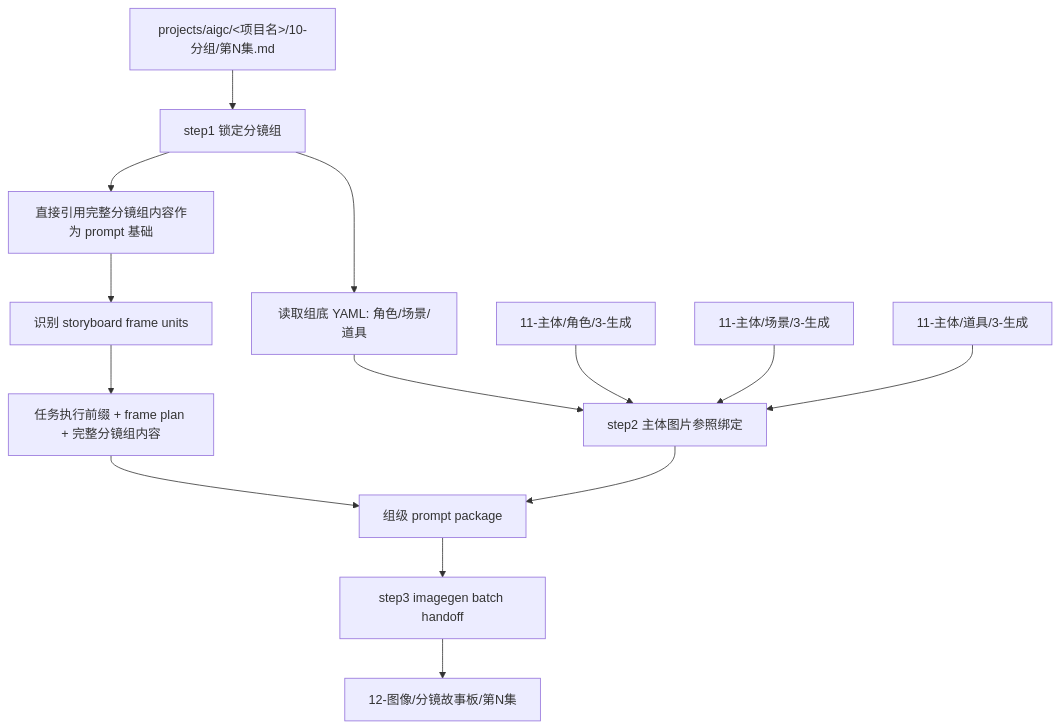
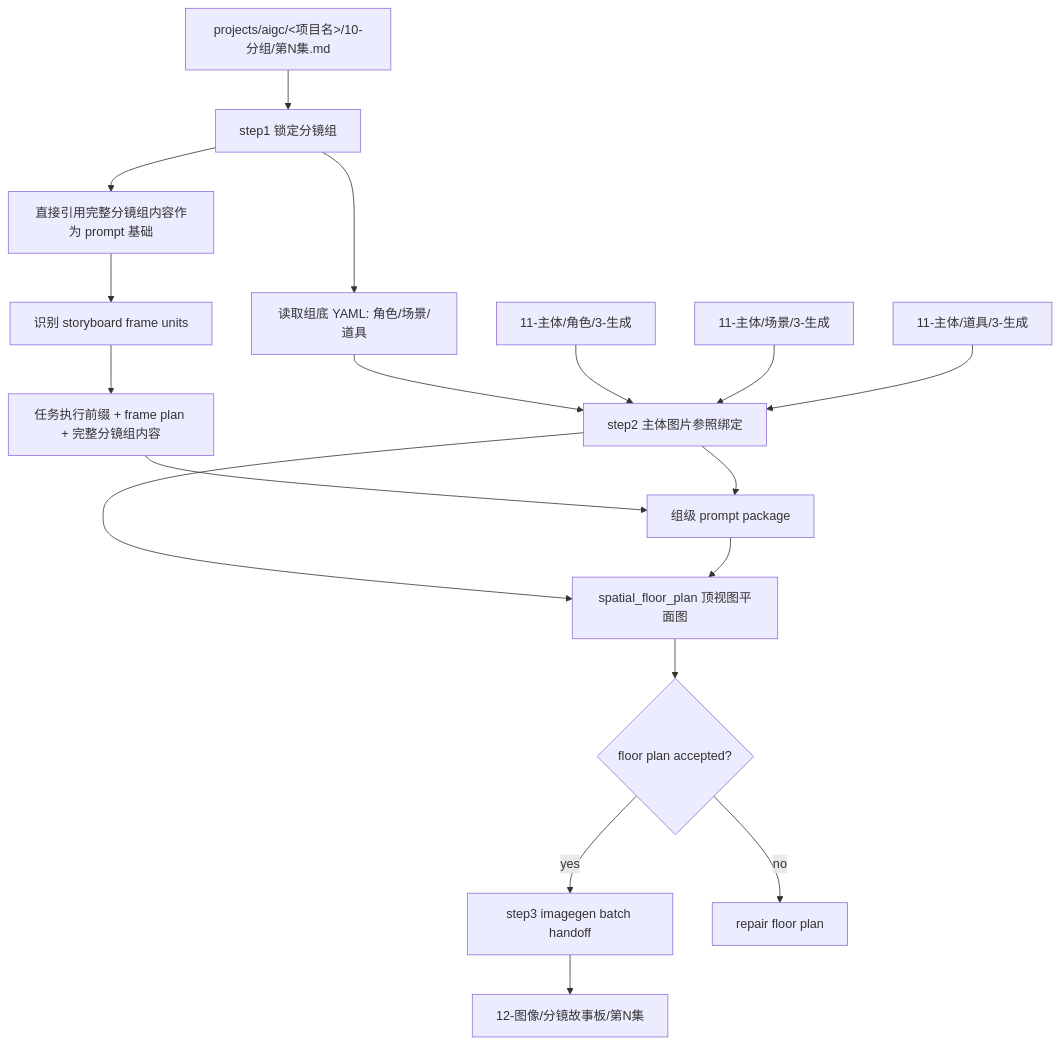
One commit to ZEN-VOID/AI-CUT changed the first of 3 diagrams in .agents/skills/aigc/12-图像/分镜故事板/SKILL.md. Above: the diagram before and after it, drawn with Mermaid. The commit also changed other lines of this file and 290 other files, not shown here.

````diff
--- a/.agents/skills/aigc/12-图像/分镜故事板/SKILL.md
+++ b/.agents/skills/aigc/12-图像/分镜故事板/SKILL.md
@@ -105,16 +111,20 @@
 ```mermaid
 flowchart TD
     A["projects/aigc/<项目名>/10-分组/第N集.md"] --> B["step1 锁定分镜组"]
     B --> C["直接引用完整分镜组内容作为 prompt 基础"]
     C --> M["识别 storyboard frame units"]
     B --> D["读取组底 YAML: 角色/场景/道具"]
     M --> E["任务执行前缀 + frame plan + 完整分镜组内容"]
     D --> F["step2 主体图片参照绑定"]
     G["11-主体/角色/3-生成"] --> F
     H["11-主体/场景/3-生成"] --> F
     I["11-主体/道具/3-生成"] --> F
     E --> J["组级 prompt package"]
+    F --> P["spatial_floor_plan 顶视图平面图"]
+    J --> P
+    P --> Q{"floor plan accepted?"}
+    Q -->|"yes"| K["step3 imagegen batch handoff"]
+    Q -->|"no"| R["repair floor plan"]
     F --> J
-    J --> K["step3 imagegen batch handoff"]
     K --> L["12-图像/分镜故事板/第N集"]
 ```
````
